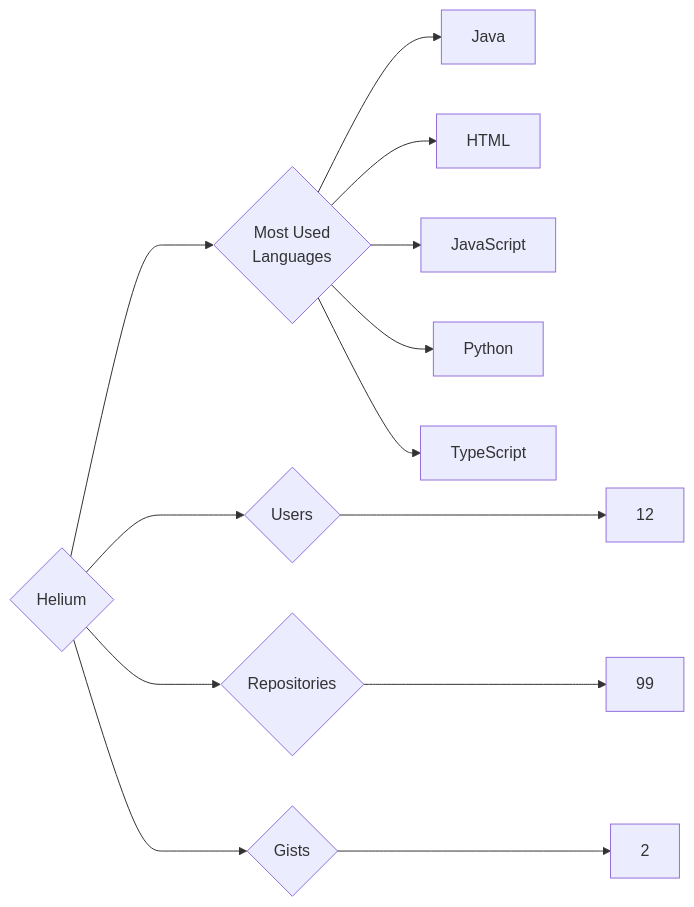
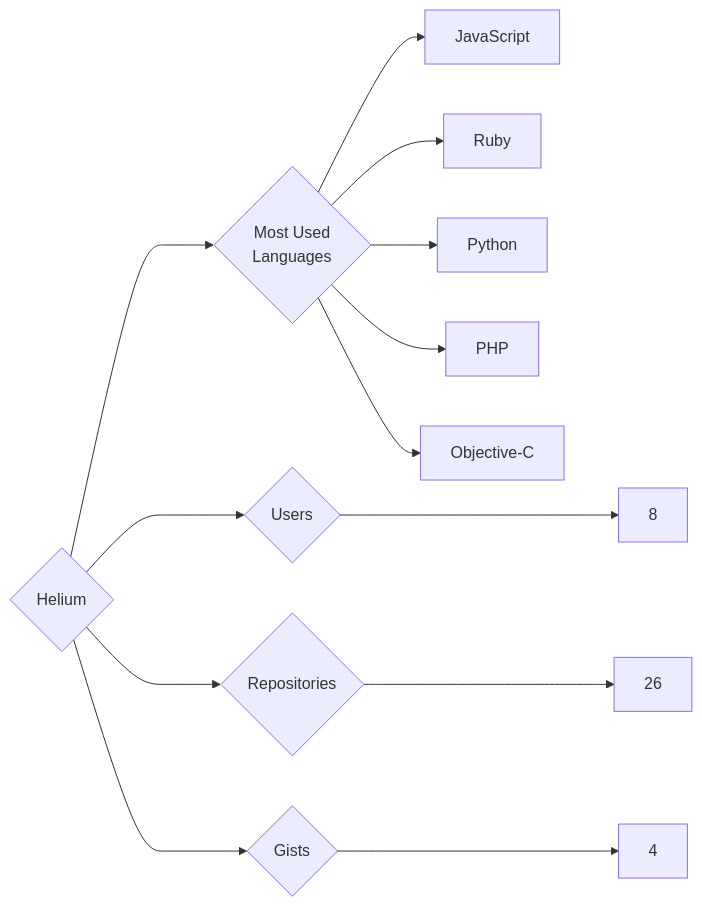
Before and after one commit to trickest/insiders: the diagram in targets/Helium/README.md, drawn with Mermaid. The commit also changed 1212 other files, not shown here.

````diff
--- a/targets/Helium/README.md
+++ b/targets/Helium/README.md
@@ -3,13 +3,13 @@
 ```mermaid
 graph LR
 COMPANY_NAME{Helium}
-COMPANY_NAME ---> U{Users} ---> UN[12]
-COMPANY_NAME ---> R{Repositories} ---> RN[99]
-COMPANY_NAME ---> G{Gists} ---> GN[2]
+COMPANY_NAME ---> U{Users} ---> UN[8]
+COMPANY_NAME ---> R{Repositories} ---> RN[26]
+COMPANY_NAME ---> G{Gists} ---> GN[4]
 COMPANY_NAME ---> ML{Most Used<br>Languages}
-ML --> Java[Java]
-ML --> HTML[HTML]
 ML --> JavaScript[JavaScript]
+ML --> Ruby[Ruby]
 ML --> Python[Python]
-ML --> TypeScript[TypeScript]
+ML --> PHP[PHP]
+ML --> Objective-C[Objective-C]
 ```
````
